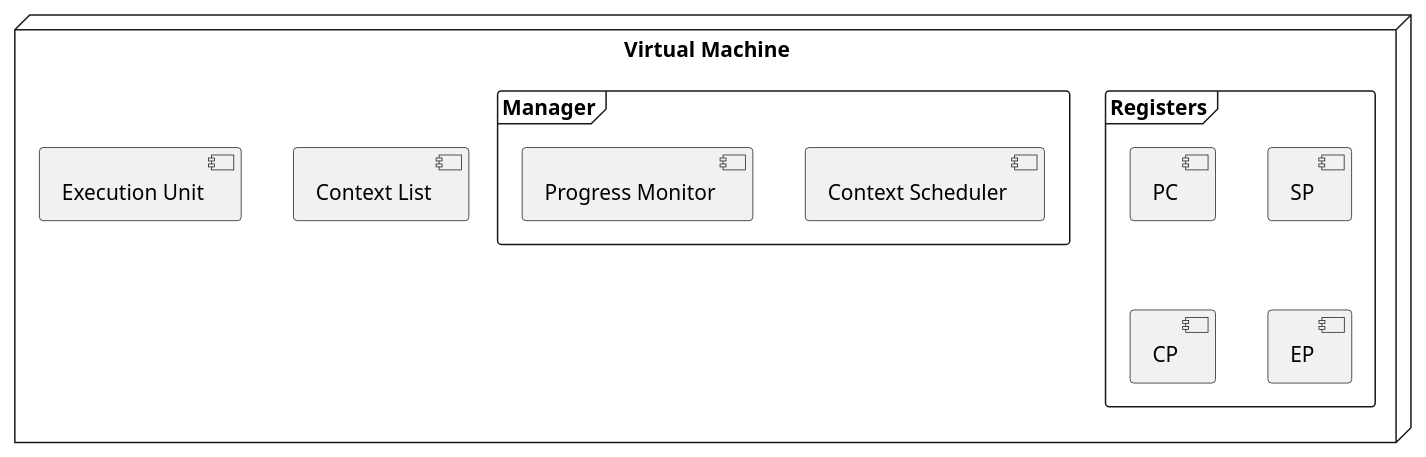
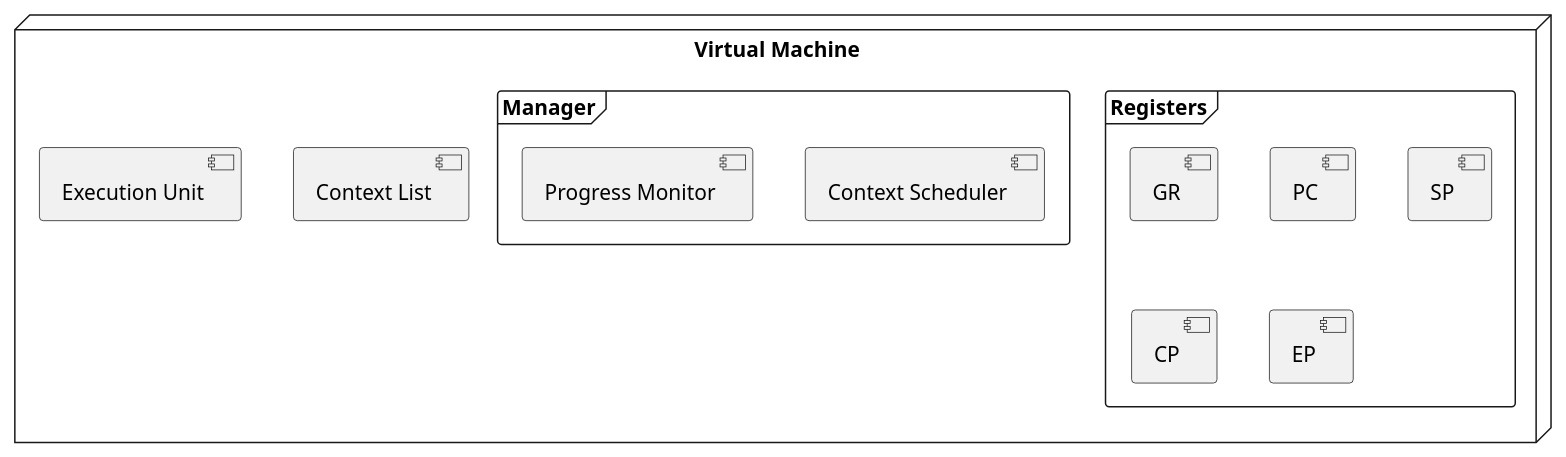
The third of 4 diagrams in spec/architecture.md (SynchronVM/SynchronVM), drawn with PlantUML before and after one commit. The commit also changed other lines of this file and 1 other file, not shown here.

````diff
--- a/spec/architecture.md
+++ b/spec/architecture.md
@@ -163,18 +163,19 @@
 ```plantuml
 node "Virtual Machine" as vm { 
 	frame "Registers" { 
+		[GR]
 		[PC] 
-	        [SP]
+	    [SP]
 		[CP]
 		[EP]
 	}
 	
 	[Context List]
 	[Execution Unit]
 	
 	Frame "Manager" {
 	[Context Scheduler]
 	[Progress Monitor]
 	}
 } 
 ```
````
